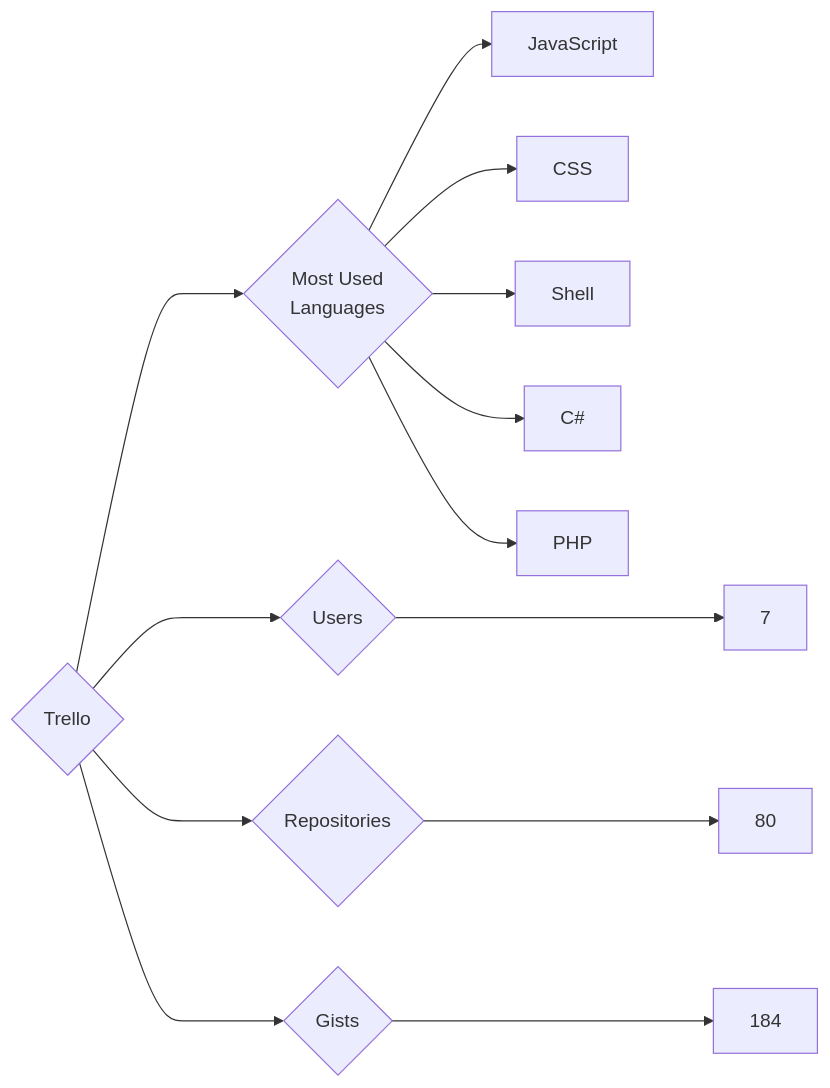
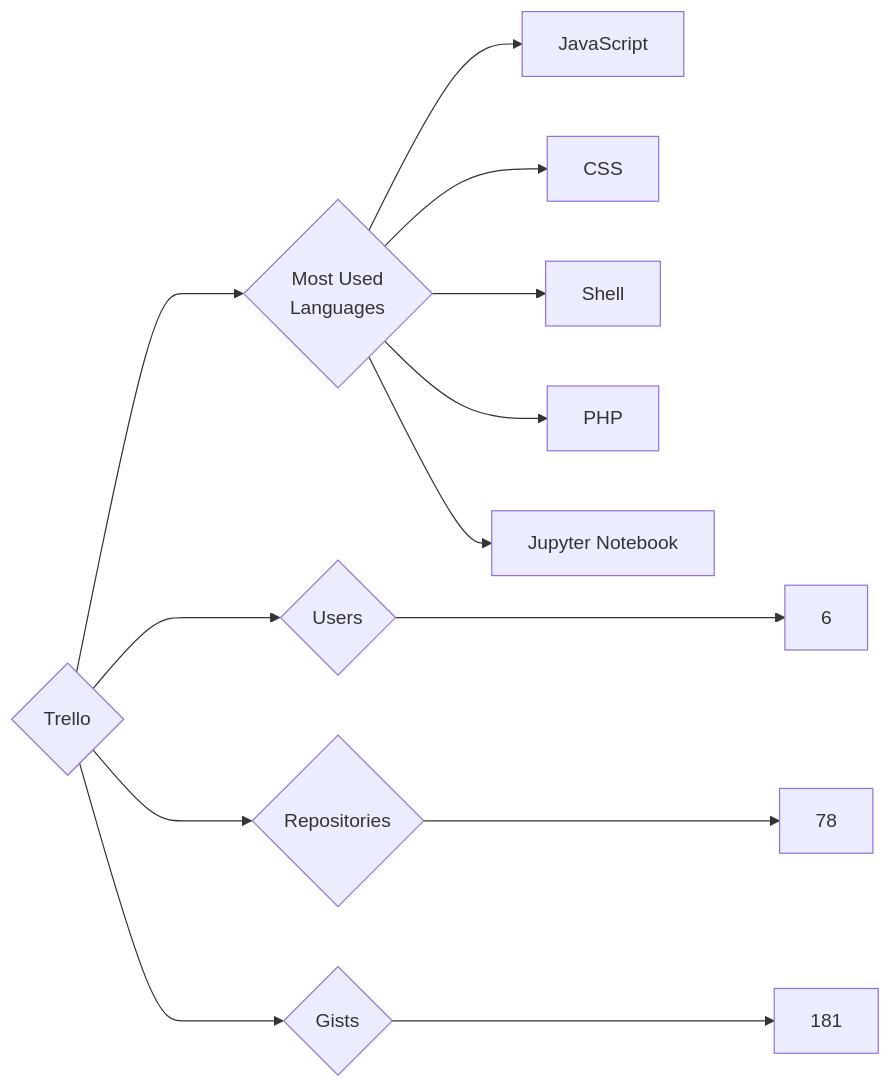
One commit to trickest/insiders changed the diagram in targets/Trello/README.md. Above: the diagram before and after it, drawn with Mermaid. The commit also changed 903 other files, not shown here.

````diff
--- a/targets/Trello/README.md
+++ b/targets/Trello/README.md
@@ -3,13 +3,13 @@
 ```mermaid
 graph LR
 COMPANY_NAME{Trello}
-COMPANY_NAME ---> U{Users} ---> UN[7]
-COMPANY_NAME ---> R{Repositories} ---> RN[80]
-COMPANY_NAME ---> G{Gists} ---> GN[184]
+COMPANY_NAME ---> U{Users} ---> UN[6]
+COMPANY_NAME ---> R{Repositories} ---> RN[78]
+COMPANY_NAME ---> G{Gists} ---> GN[181]
 COMPANY_NAME ---> ML{Most Used<br>Languages}
 ML --> JavaScript[JavaScript]
 ML --> CSS[CSS]
 ML --> Shell[Shell]
-ML --> C#[C#]
 ML --> PHP[PHP]
+ML --> Jupyter_Notebook[Jupyter Notebook]
 ```
````
